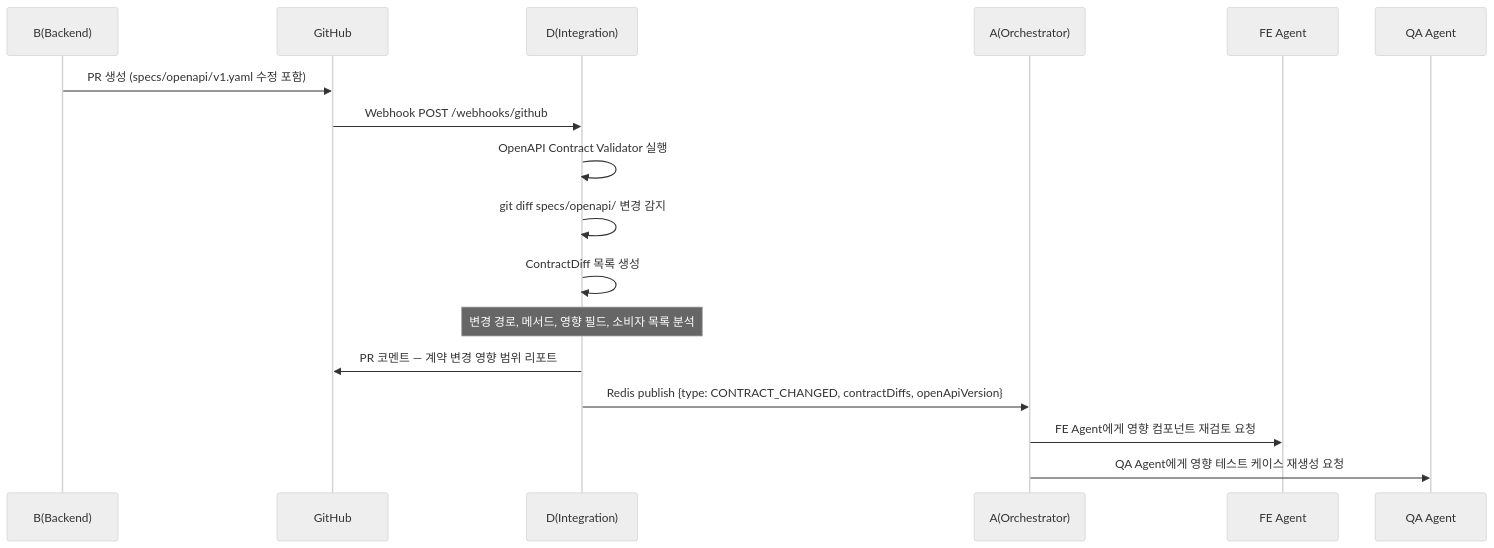
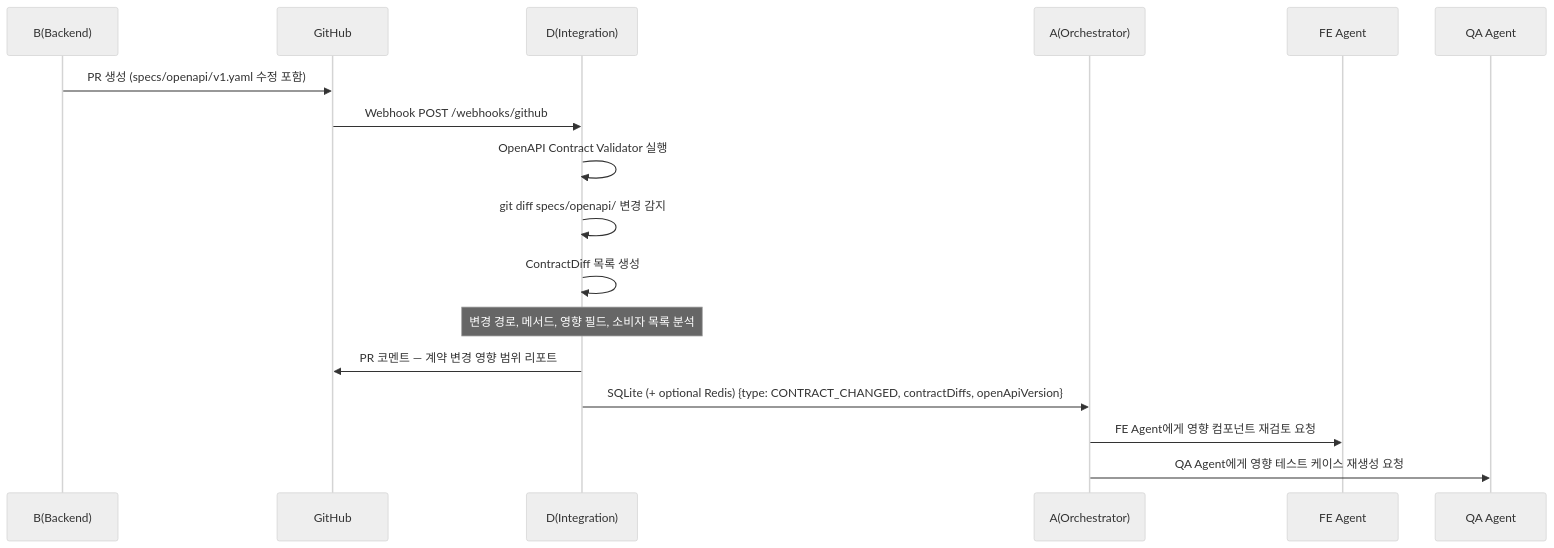
One commit to US-VIBE/us_vibe changed the second of 4 diagrams in docs/integration-sandbox/d-integration-scenarios.md. Above: the diagram before and after it, drawn with Mermaid (neutral theme). The commit also changed other lines of this file and 10 other files, not shown here.

````diff
--- a/docs/integration-sandbox/d-integration-scenarios.md
+++ b/docs/integration-sandbox/d-integration-scenarios.md
@@ -83,20 +83,20 @@
 ```mermaid
 sequenceDiagram
   participant B as B(Backend)
   participant GH as GitHub
   participant D as D(Integration)
   participant A as A(Orchestrator)
   participant FE as FE Agent
   participant QA as QA Agent
 
   B->>GH: PR 생성 (specs/openapi/v1.yaml 수정 포함)
   GH->>D: Webhook POST /webhooks/github
   D->>D: OpenAPI Contract Validator 실행
   D->>D: git diff specs/openapi/ 변경 감지
   D->>D: ContractDiff 목록 생성
   Note over D: 변경 경로, 메서드, 영향 필드, 소비자 목록 분석
   D->>GH: PR 코멘트 — 계약 변경 영향 범위 리포트
-  D->>A: Redis publish {type: CONTRACT_CHANGED, contractDiffs, openApiVersion}
+  D->>A: SQLite (+ optional Redis) {type: CONTRACT_CHANGED, contractDiffs, openApiVersion}
   A->>FE: FE Agent에게 영향 컴포넌트 재검토 요청
   A->>QA: QA Agent에게 영향 테스트 케이스 재생성 요청
 ```
````
